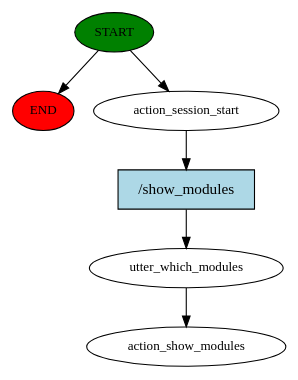
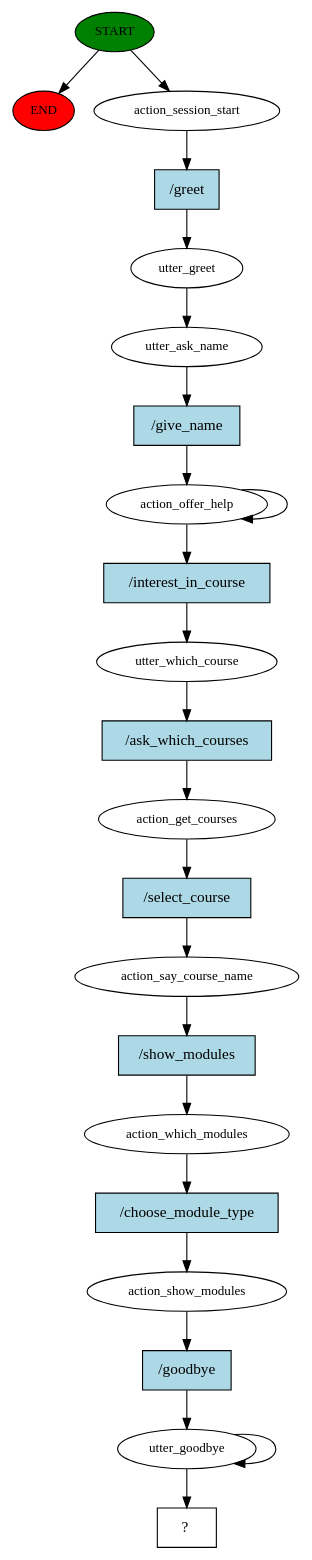
One commit to Alex-Tomo/kv6003 changed the diagram in rasa/story_graph.dot. Above: the diagram before and after it, drawn with Graphviz. The commit also changed 16 other files, not shown here.

```diff
--- a/rasa/story_graph.dot
+++ b/rasa/story_graph.dot
@@ -1,13 +1,45 @@
 digraph  {
 0 [class="start active", fillcolor=green, fontsize=12, label=START, style=filled];
 "-1" [class=end, fillcolor=red, fontsize=12, label=END, style=filled];
 1 [class=active, fontsize=12, label=action_session_start];
-2 [class=active, fontsize=12, label=utter_which_modules];
-3 [class="dashed active", fontsize=12, label=action_show_modules];
-4 [class="intent active", fillcolor=lightblue, label="/show_modules", shape=rect, style=filled];
+2 [class=active, fontsize=12, label=utter_greet];
+3 [class=active, fontsize=12, label=utter_ask_name];
+4 [class=active, fontsize=12, label=action_offer_help];
+6 [class=active, fontsize=12, label=utter_which_course];
+7 [class=active, fontsize=12, label=action_get_courses];
+8 [class=active, fontsize=12, label=action_say_course_name];
+9 [class=active, fontsize=12, label=action_which_modules];
+10 [class=active, fontsize=12, label=action_show_modules];
+11 [class=active, fontsize=12, label=utter_goodbye];
+13 [class="intent dashed active", label="  ?  ", shape=rect];
+14 [class="intent active", fillcolor=lightblue, label="/greet", shape=rect, style=filled];
+15 [class="intent active", fillcolor=lightblue, label="/give_name", shape=rect, style=filled];
+16 [class="intent active", fillcolor=lightblue, label="/interest_in_course", shape=rect, style=filled];
+17 [class="intent active", fillcolor=lightblue, label="/ask_which_courses", shape=rect, style=filled];
+18 [class="intent active", fillcolor=lightblue, label="/select_course", shape=rect, style=filled];
+19 [class="intent active", fillcolor=lightblue, label="/show_modules", shape=rect, style=filled];
+20 [class="intent active", fillcolor=lightblue, label="/choose_module_type", shape=rect, style=filled];
+21 [class="intent active", fillcolor=lightblue, label="/goodbye", shape=rect, style=filled];
 0 -> "-1"  [class="", key=NONE, label=""];
 0 -> 1  [class=active, key=NONE, label=""];
-1 -> 4  [class=active, key=0];
+1 -> 14  [class=active, key=0];
 2 -> 3  [class=active, key=NONE, label=""];
-4 -> 2  [class=active, key=0];
+3 -> 15  [class=active, key=0];
+4 -> 4  [class=active, key=NONE, label=""];
+4 -> 16  [class=active, key=0];
+6 -> 17  [class=active, key=0];
+7 -> 18  [class=active, key=0];
+8 -> 19  [class=active, key=0];
+9 -> 20  [class=active, key=0];
+10 -> 21  [class=active, key=0];
+11 -> 13  [class=active, key=NONE, label=""];
+11 -> 11  [class=active, key=NONE, label=""];
+14 -> 2  [class=active, key=0];
+15 -> 4  [class=active, key=0];
+16 -> 6  [class=active, key=0];
+17 -> 7  [class=active, key=0];
+18 -> 8  [class=active, key=0];
+19 -> 9  [class=active, key=0];
+20 -> 10  [class=active, key=0];
+21 -> 11  [class=active, key=0];
 }
```
